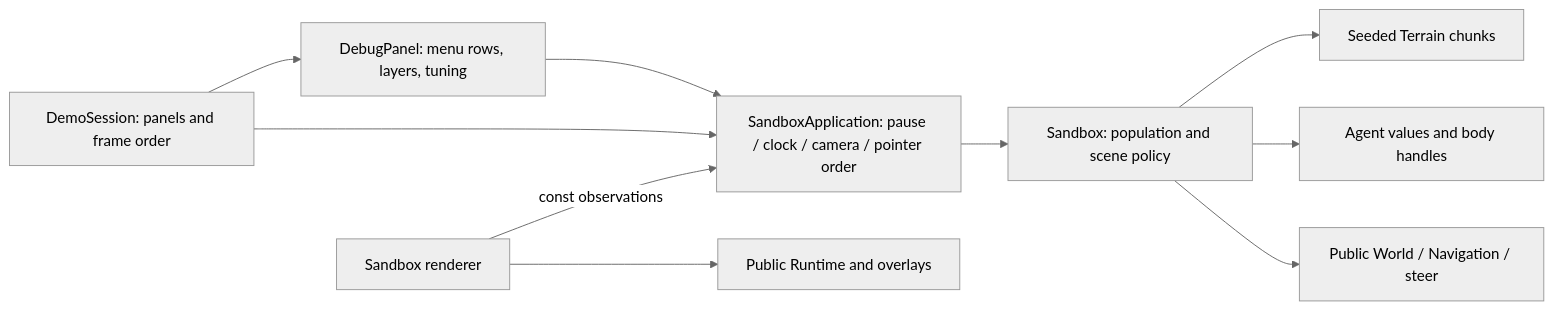
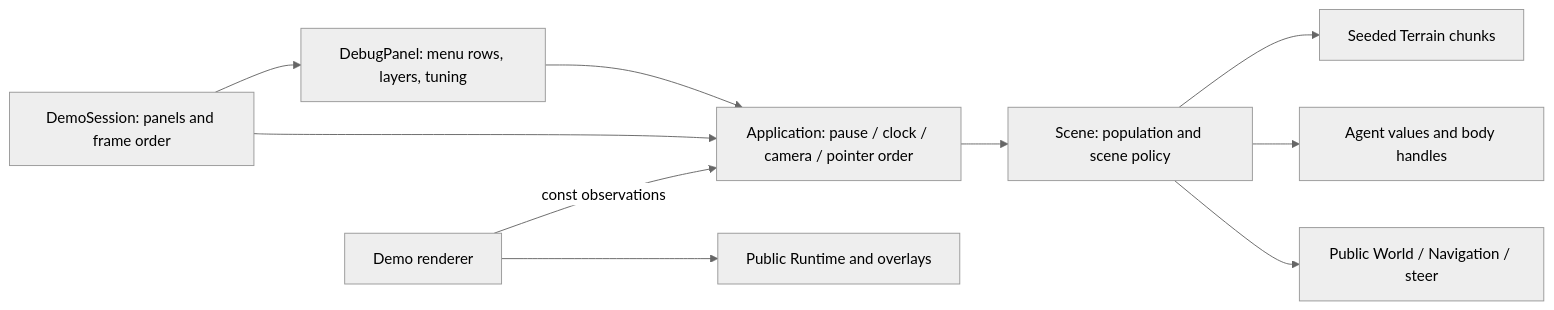
One commit to SMB-M87/Kinetra-Lab changed the diagram in docs/demo-architecture.md. Above: the diagram before and after it, drawn with Mermaid (neutral theme). The commit also changed other lines of this file and 40 other files, not shown here.

````diff
--- a/docs/demo-architecture.md
+++ b/docs/demo-architecture.md
@@ -15,12 +15,12 @@
 ```mermaid
 flowchart LR
     Session[DemoSession: panels and frame order] --> Panel[DebugPanel: menu rows, layers, tuning]
     Panel --> App
-    Session --> App[SandboxApplication: pause / clock / camera / pointer order]
-    App --> Scene[Sandbox: population and scene policy]
+    Session --> App[Application: pause / clock / camera / pointer order]
+    App --> Scene[Scene: population and scene policy]
     Scene --> Terrain[Seeded Terrain chunks]
     Scene --> Agents[Agent values and body handles]
     Scene --> Engine[Public World / Navigation / steer]
-    Render[Sandbox renderer] -->|const observations| App
+    Render[Demo renderer] -->|const observations| App
     Render --> Runtime[Public Runtime and overlays]
 ```
````
